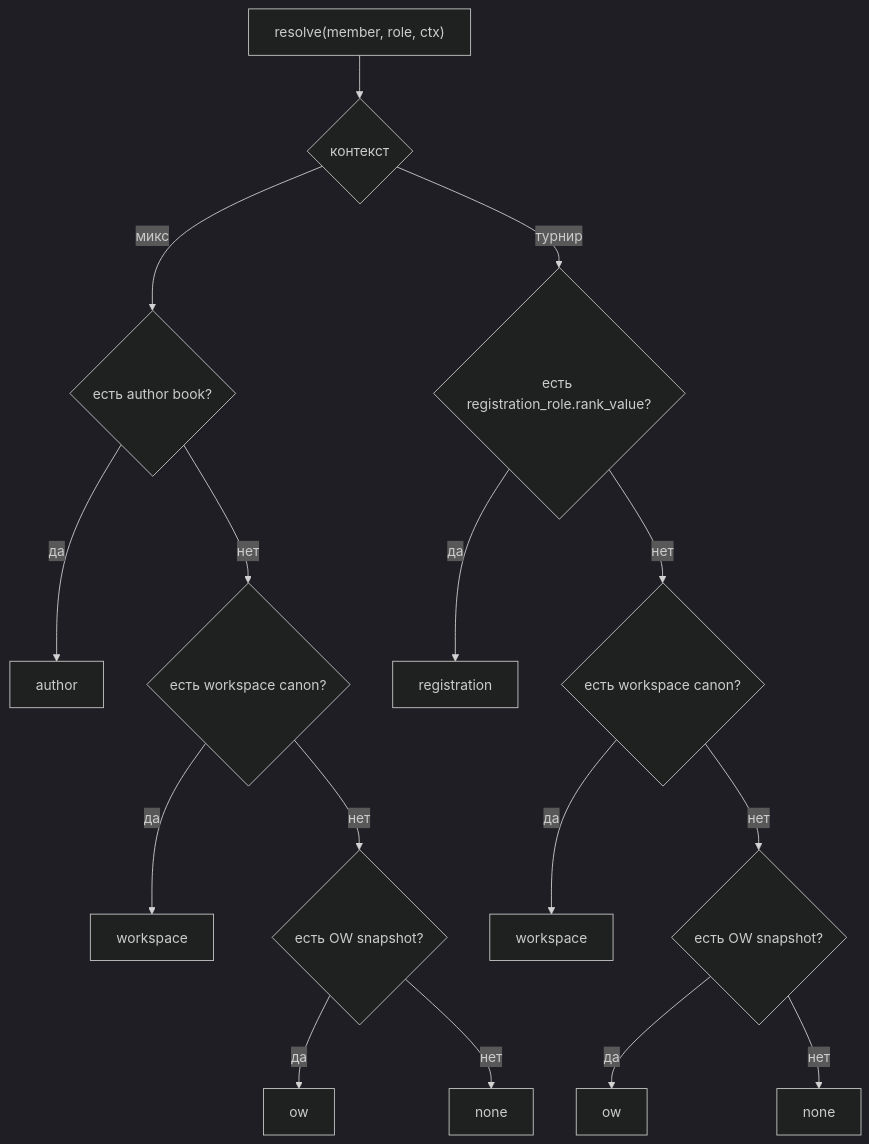
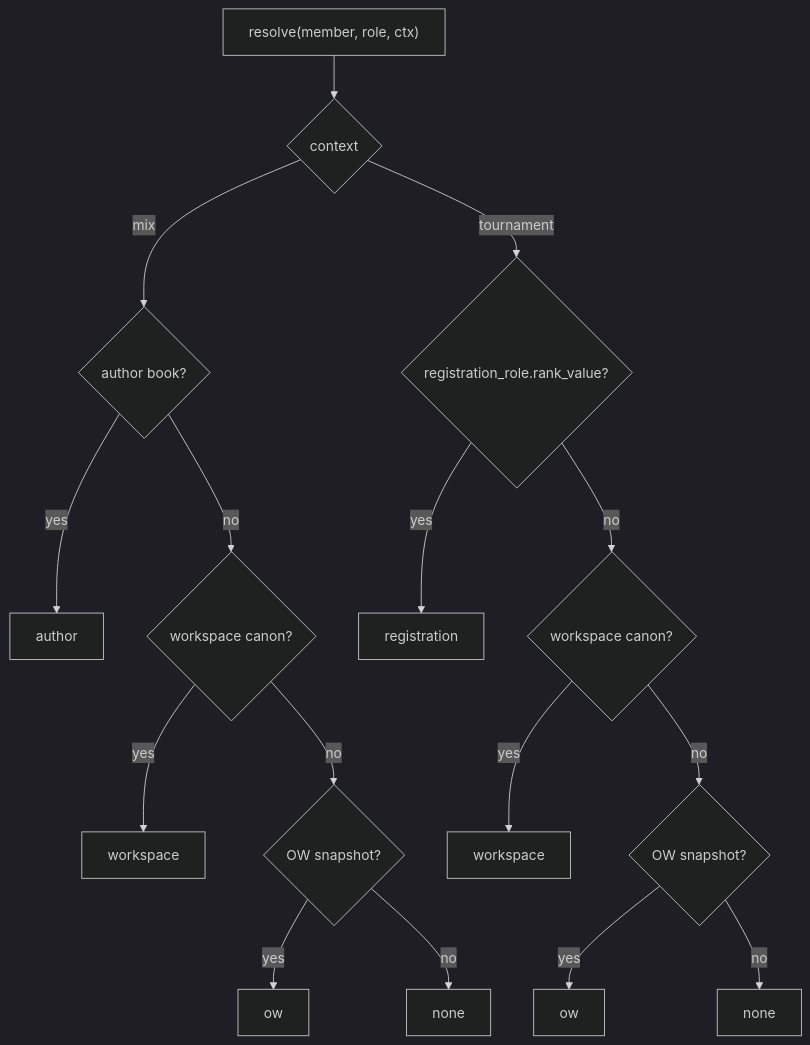
Before and after one commit to CraazzzyyFoxx/anak-tournaments: the second of 6 diagrams in docs/users-identity.md, drawn with Mermaid (dark theme). The commit also changed other lines of this file and 60 other files, not shown here.

````diff
--- a/docs/users-identity.md
+++ b/docs/users-identity.md
@@ -258,18 +257,18 @@
 ```mermaid
 flowchart TD
-  START["resolve(member, role, ctx)"] --> S1{"контекст"}
-  S1 -->|микс| M1{"есть author book?"}
-  M1 -->|да| R1["author"]
-  M1 -->|нет| W1{"есть workspace canon?"}
-  W1 -->|да| R2["workspace"]
-  W1 -->|нет| O1{"есть OW snapshot?"}
-  O1 -->|да| R3["ow"]
-  O1 -->|нет| N1["none"]
-  S1 -->|турнир| T1{"есть registration_role.rank_value?"}
-  T1 -->|да| R4["registration"]
-  T1 -->|нет| W2{"есть workspace canon?"}
-  W2 -->|да| R5["workspace"]
-  W2 -->|нет| O2{"есть OW snapshot?"}
-  O2 -->|да| R6["ow"]
-  O2 -->|нет| N2["none"]
+  START["resolve(member, role, ctx)"] --> S1{"context"}
+  S1 -->|mix| M1{"author book?"}
+  M1 -->|yes| R1["author"]
+  M1 -->|no| W1{"workspace canon?"}
+  W1 -->|yes| R2["workspace"]
+  W1 -->|no| O1{"OW snapshot?"}
+  O1 -->|yes| R3["ow"]
+  O1 -->|no| N1["none"]
+  S1 -->|tournament| T1{"registration_role.rank_value?"}
+  T1 -->|yes| R4["registration"]
+  T1 -->|no| W2{"workspace canon?"}
+  W2 -->|yes| R5["workspace"]
+  W2 -->|no| O2{"OW snapshot?"}
+  O2 -->|yes| R6["ow"]
+  O2 -->|no| N2["none"]
 ```
````
